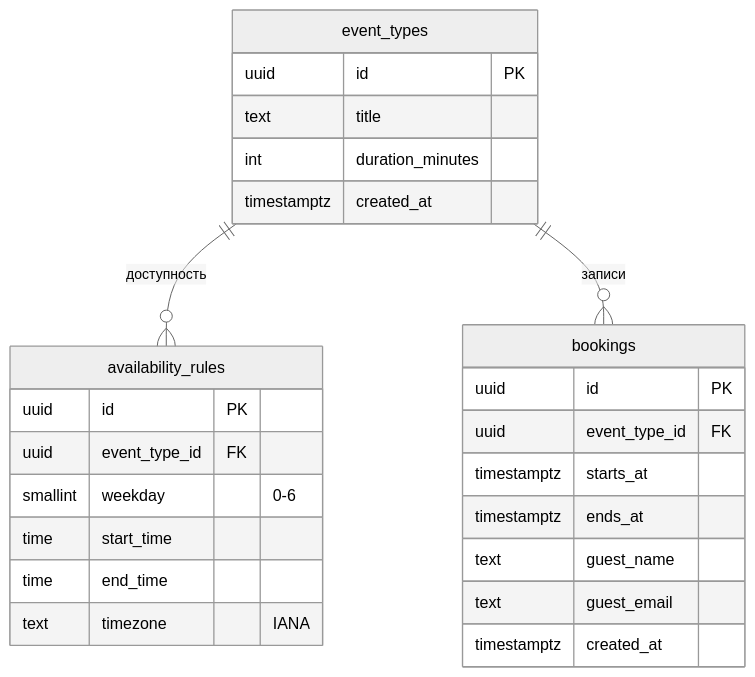
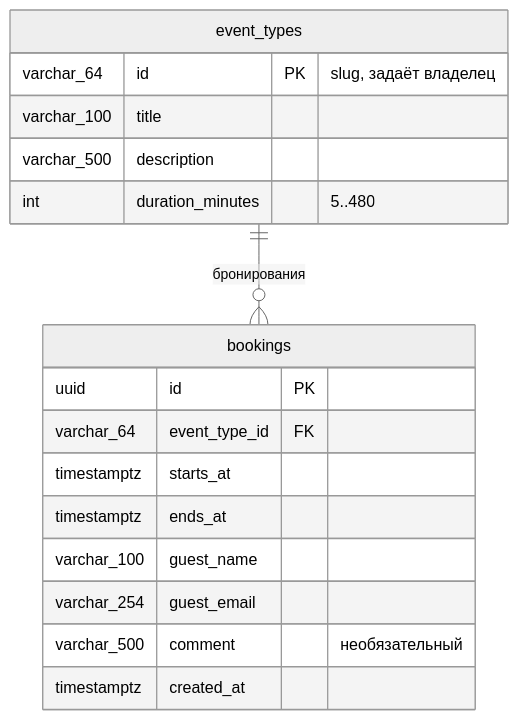
Before and after one commit to akozhin/ai-for-developers-project-386: the diagram in docs/concept/data-model.md, drawn with Mermaid (neutral theme). The commit also changed other lines of this file and 12 other files, not shown here.

````diff
--- a/docs/concept/data-model.md
+++ b/docs/concept/data-model.md
@@ -10,29 +8,21 @@
 ```mermaid
 erDiagram
-    event_types ||--o{ availability_rules : "доступность"
-    event_types ||--o{ bookings : "записи"
+    event_types ||--o{ bookings : "бронирования"
 
     event_types {
-        uuid id PK
-        text title
-        int duration_minutes
-        timestamptz created_at
-    }
-    availability_rules {
-        uuid id PK
-        uuid event_type_id FK
-        smallint weekday "0-6"
-        time start_time
-        time end_time
-        text timezone "IANA"
+        varchar_64 id PK "slug, задаёт владелец"
+        varchar_100 title
+        varchar_500 description
+        int duration_minutes "5..480"
     }
     bookings {
         uuid id PK
-        uuid event_type_id FK
+        varchar_64 event_type_id FK
         timestamptz starts_at
         timestamptz ends_at
-        text guest_name
-        text guest_email
+        varchar_100 guest_name
+        varchar_254 guest_email
+        varchar_500 comment "необязательный"
         timestamptz created_at
     }
 ```
````
